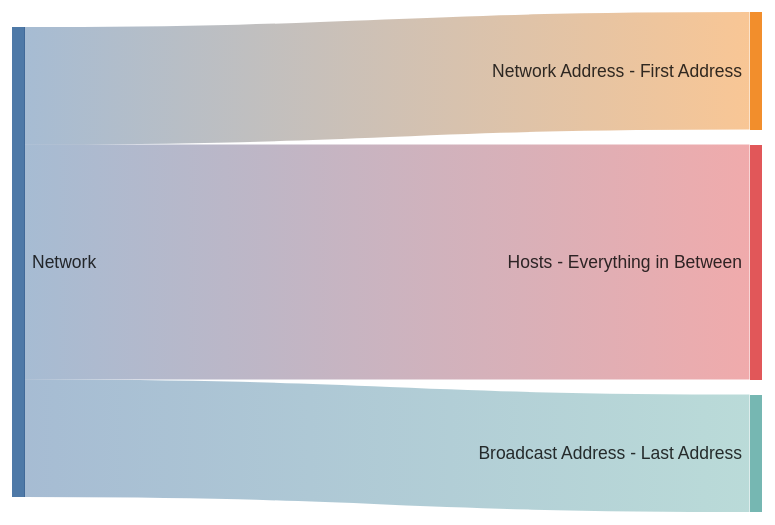
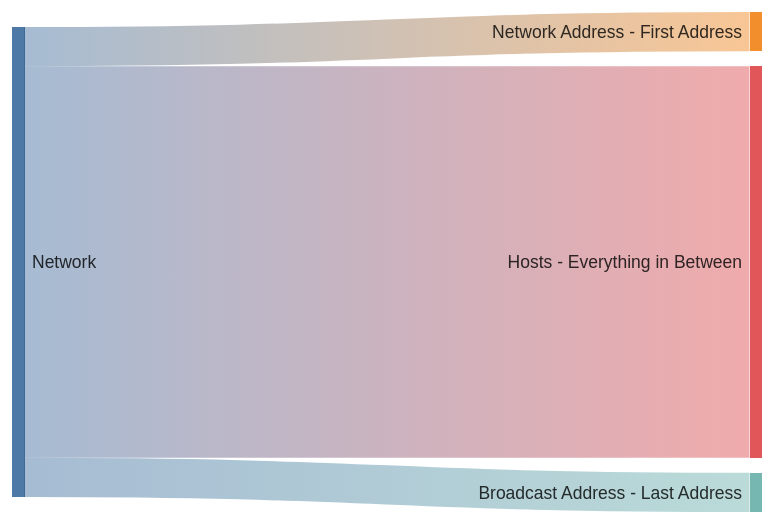
The diagram in content/blog/practical-networking-guide/index.md (ShaharNaveh/ShaharNaveh.github.io), drawn with Mermaid before and after one commit.

````diff
--- a/content/blog/practical-networking-guide/index.md
+++ b/content/blog/practical-networking-guide/index.md
@@ -10,16 +10,14 @@
 ```mermaid
 ---
 config:
   sankey:
     showValues: false
 ---
 sankey-beta
 
-Network,Network Address - First Address,2.5
+Network,Network Address - First Address,1
 
+Network,Hosts - Everything in Between,10
 
-Network,Hosts - Everything in Between,5
-
-
-Network,Broadcast Address - Last Address,2.5
+Network,Broadcast Address - Last Address,1
 ```
````
